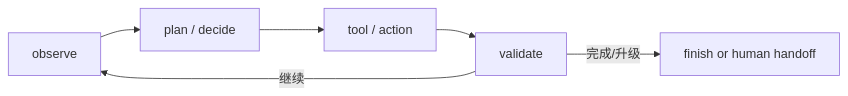
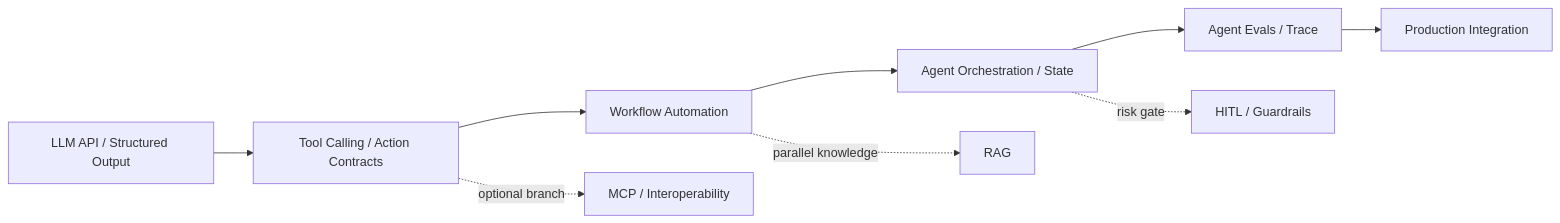
The diagram in 05-Knowledge/Applications/AI-Agents-and-Tool-Use.md (Shilyfx/ai-technology-career-map), drawn with Mermaid before and after one commit. The commit also changed other lines of this file and 87 other files, not shown here.

````diff
--- a/05-Knowledge/Applications/AI-Agents-and-Tool-Use.md
+++ b/05-Knowledge/Applications/AI-Agents-and-Tool-Use.md
@@ -28,8 +29,11 @@
 ```mermaid
 flowchart LR
-  O["observe"] --> P["plan / decide"]
-  P --> T["tool / action"]
-  T --> V["validate"]
-  V -->|继续| O
-  V -->|完成/升级| H["finish or human handoff"]
+  L["LLM API / Structured Output"] --> T["Tool Calling / Action Contracts"]
+  T --> W["Workflow Automation"]
+  W --> O["Agent Orchestration / State"]
+  O --> E["Agent Evals / Trace"]
+  E --> P["Production Integration"]
+  T -. "optional branch" .-> M["MCP / Interoperability"]
+  O -. "risk gate" .-> H["HITL / Guardrails"]
+  W -. "parallel knowledge" .-> R["RAG"]
 ```
````
